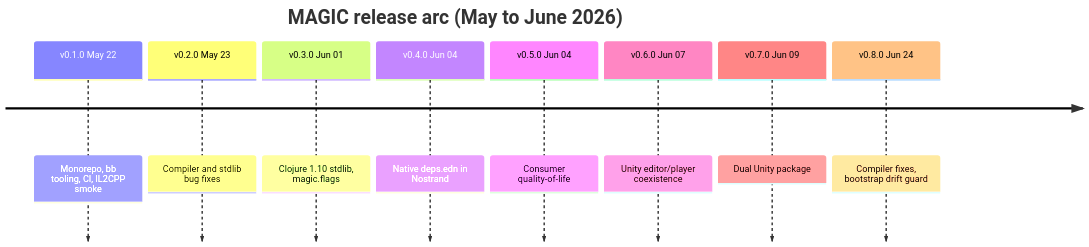
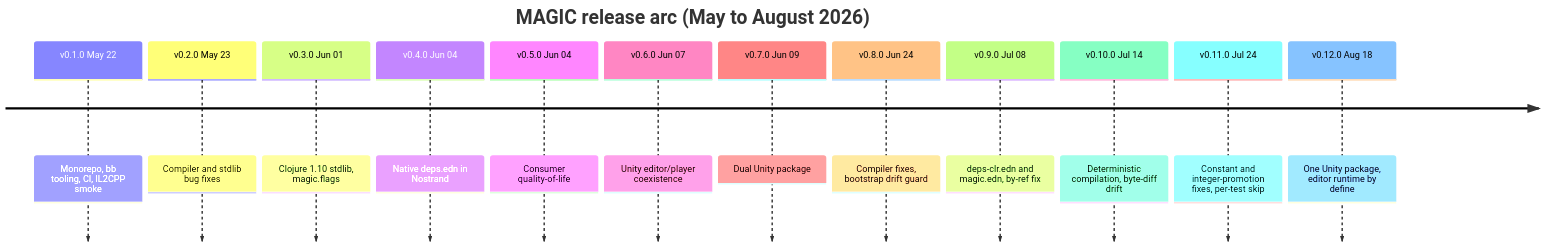
Before and after one commit to skydread1/me: the second of 3 diagrams in content/blog/Making Magic stable.md, drawn with Mermaid. The commit also changed other lines of this file and 2 other files, not shown here.

Commit message:
feat(blog): refresh Making Magic stable and Drift Checks articles

````diff
--- a/content/blog/Making Magic stable.md
+++ b/content/blog/Making Magic stable.md
@@ -133,12 +161,16 @@
 ```mermaid
 timeline
-    title MAGIC release arc (May to June 2026)
+    title MAGIC release arc (May to August 2026)
     v0.1.0 May 22 : Monorepo, bb tooling, CI, IL2CPP smoke
     v0.2.0 May 23 : Compiler and stdlib bug fixes
     v0.3.0 Jun 01 : Clojure 1.10 stdlib, magic.flags
     v0.4.0 Jun 04 : Native deps.edn in Nostrand
     v0.5.0 Jun 04 : Consumer quality-of-life
     v0.6.0 Jun 07 : Unity editor/player coexistence
     v0.7.0 Jun 09 : Dual Unity package
     v0.8.0 Jun 24 : Compiler fixes, bootstrap drift guard
+    v0.9.0 Jul 08 : deps-clr.edn and magic.edn, by-ref fix
+    v0.10.0 Jul 14 : Deterministic compilation, byte-diff drift
+    v0.11.0 Jul 24 : Constant and integer-promotion fixes, per-test skip
+    v0.12.0 Aug 18 : One Unity package, editor runtime by define
 ```
````
